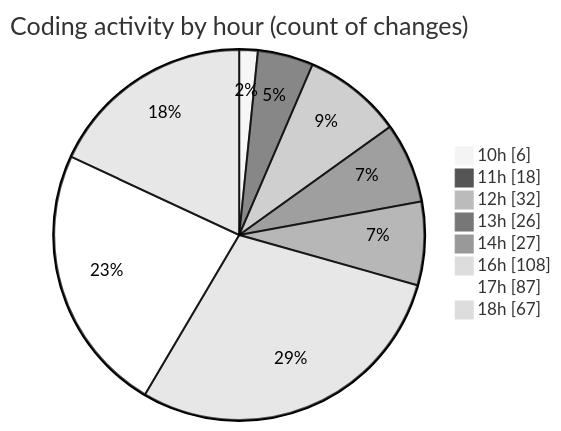
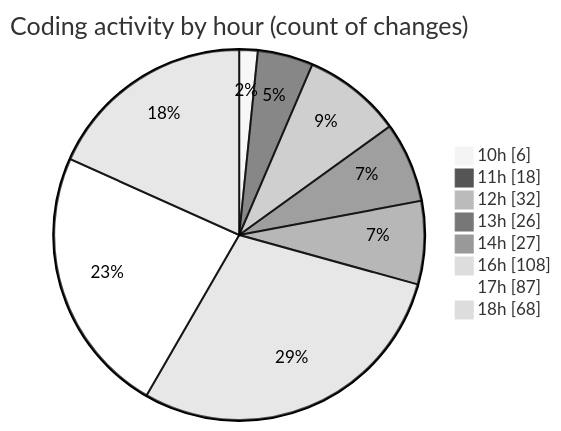
One commit to momahboobian/code-tracking changed the second of 2 diagrams in 2026-09-03/cda/README.md. Above: the diagram before and after it, drawn with Mermaid (neutral theme). The commit also changed other lines of this file and 1 other file, not shown here.

````diff
--- a/2026-09-03/cda/README.md
+++ b/2026-09-03/cda/README.md
@@ -113,12 +113,12 @@
 ```mermaid
 pie showData
 title Coding activity by hour (count of changes)
 "10h" : 6
 "11h" : 18
 "12h" : 32
 "13h" : 26
 "14h" : 27
 "16h" : 108
 "17h" : 87
-"18h" : 67
+"18h" : 68
 ```
````
